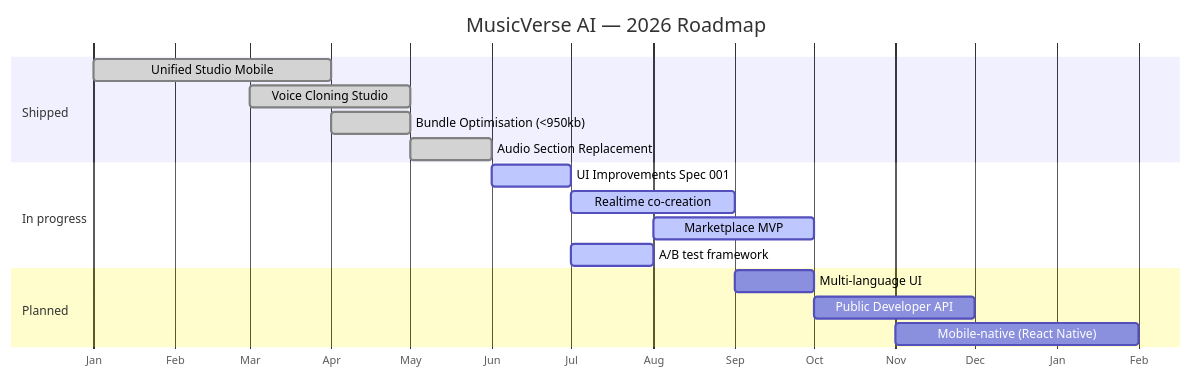
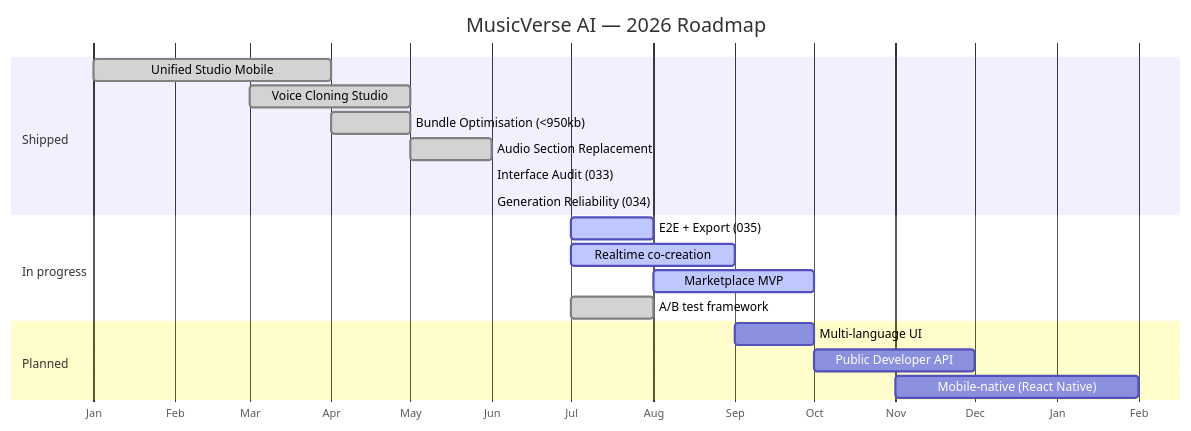
The diagram in ROADMAP.md (HOW2AI-AGENCY/aimusicverse), drawn with Mermaid before and after one commit. The commit also changed other lines of this file and 6 other files, not shown here.

````diff
--- a/ROADMAP.md
+++ b/ROADMAP.md
@@ -26,20 +26,22 @@
 ```mermaid
 gantt
     title MusicVerse AI — 2026 Roadmap
     dateFormat YYYY-MM
     axisFormat %b
     section Shipped
     Unified Studio Mobile        :done, 2026-01, 2026-04
     Voice Cloning Studio         :done, 2026-03, 2026-05
     Bundle Optimisation (<950kb) :done, 2026-04, 2026-05
     Audio Section Replacement    :done, 2026-05, 2026-06
+    Interface Audit (033)        :done, 2026-06, 2026-06
+    Generation Reliability (034) :done, 2026-06, 2026-06
     section In progress
-    UI Improvements Spec 001     :active, 2026-06, 2026-07
+    E2E + Export (035)           :active, 2026-07, 2026-08
     Realtime co-creation         :active, 2026-07, 2026-09
     Marketplace MVP              :active, 2026-08, 2026-10
-    A/B test framework           :active, 2026-07, 2026-08
+    A/B test framework           :done, 2026-07, 2026-08
     section Planned
     Multi-language UI            : 2026-09, 2026-10
     Public Developer API         : 2026-10, 2026-12
     Mobile-native (React Native) : 2026-11, 2027-02
 ```
````
